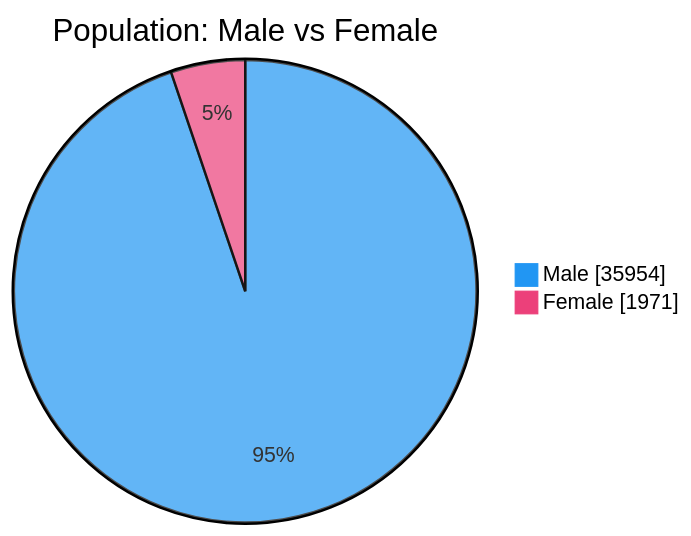
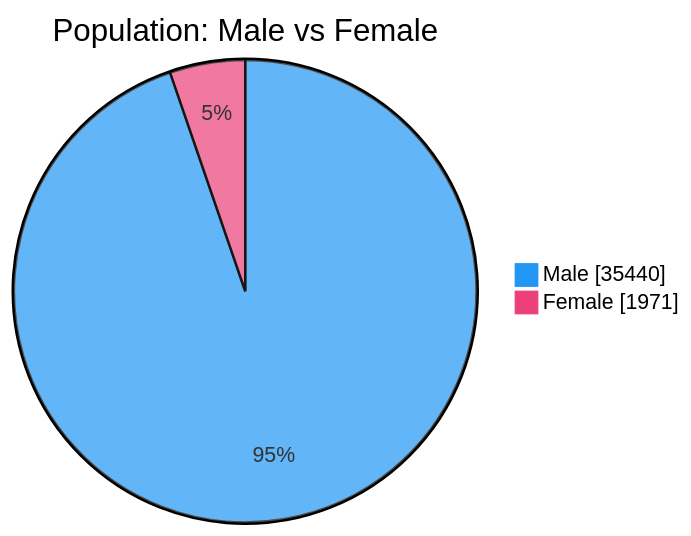
Before and after one commit to nuuuwan/lk_prisons: the second of 7 diagrams in README.md, drawn with Mermaid. The commit also changed other lines of this file and 1 other file, not shown here.

````diff
--- a/README.md
+++ b/README.md
@@ -54,6 +54,6 @@
 ```mermaid
 %%{init: {'themeVariables': {'pie1': '#2196F3', 'pie2': '#EC407A'}}}%%
 pie showData title Population: Male vs Female
-    "Male" : 35954
+    "Male" : 35440
     "Female" : 1971
 ```
````
